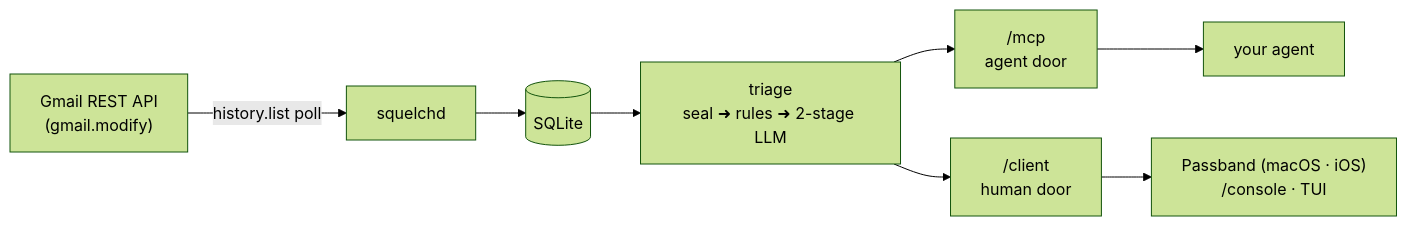
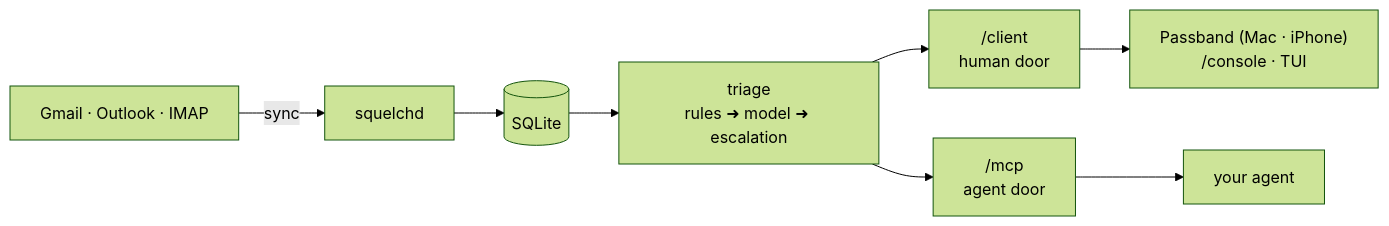
The diagram in README.md (passband-app/passband), drawn with Mermaid (forest theme) before and after one commit. The commit also changed other lines of this file and 1 other file, not shown here.

````diff
--- a/README.md
+++ b/README.md
@@ -43,10 +258,10 @@
 ```mermaid
 flowchart LR
-    G["Gmail REST API<br/>(gmail.modify)"] -->|history.list poll| D[squelchd]
+    G["Gmail · Outlook · IMAP"] -->|sync| D[squelchd]
     D --> S[(SQLite)]
-    S --> T["triage<br/>seal ➜ rules ➜ 2-stage LLM"]
+    S --> T["triage<br/>rules ➜ model ➜ escalation"]
+    T --> C["/client<br/>human door"]
     T --> M["/mcp<br/>agent door"]
-    T --> C["/client<br/>human door"]
+    C --> P["Passband (Mac · iPhone)<br/>/console · TUI"]
     M --> A["your agent"]
-    C --> P["Passband (macOS · iOS)<br/>/console · TUI"]
 ```
````
